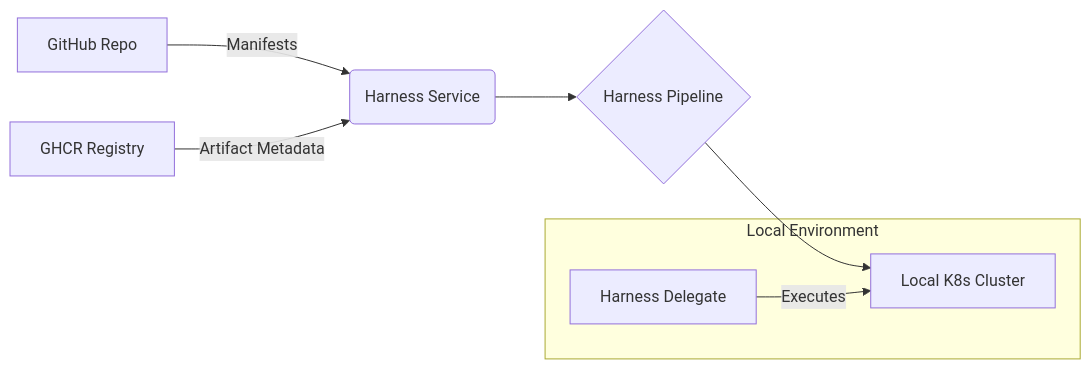
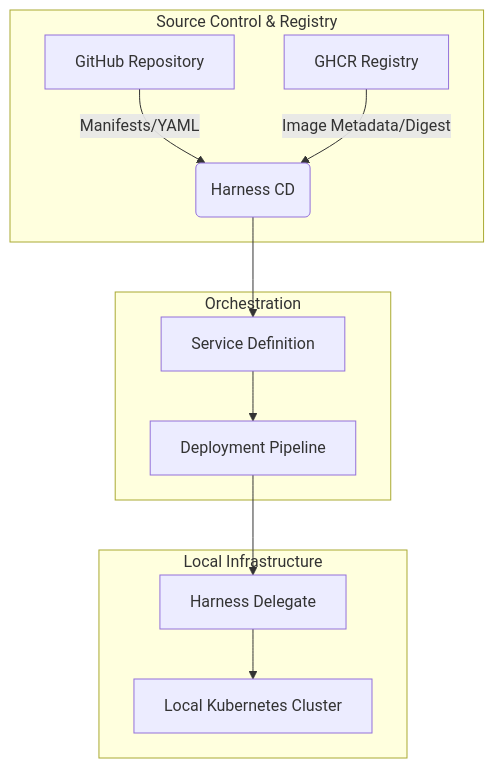
The diagram in README.md (ShaileshRawat1403/harness-pipeline-failure-and-observability), drawn with Mermaid before and after one commit. The commit also changed other lines of this file, not shown here.

````diff
--- a/README.md
+++ b/README.md
@@ -25,11 +29,18 @@
 ```mermaid
-graph LR
-    A[GitHub Repo] -- Manifests --> B(Harness Service)
-    C[GHCR Registry] -- Artifact Metadata --> B
-    B --> D{Harness Pipeline}
-    D --> E[Local K8s Cluster]
-    subgraph "Local Environment"
-    F[Harness Delegate] -- Executes --> E
+graph TD
+    subgraph Source Control & Registry
+    A[GitHub Repository] -- Manifests/YAML --> H(Harness CD)
+    G[GHCR Registry] -- Image Metadata/Digest --> H
+    end
+
+    subgraph Orchestration
+    H --> S[Service Definition]
+    S --> P[Deployment Pipeline]
+    end
+
+    subgraph Local Infrastructure
+    P --> D[Harness Delegate]
+    D --> K[Local Kubernetes Cluster]
     end
 
 ```
````
